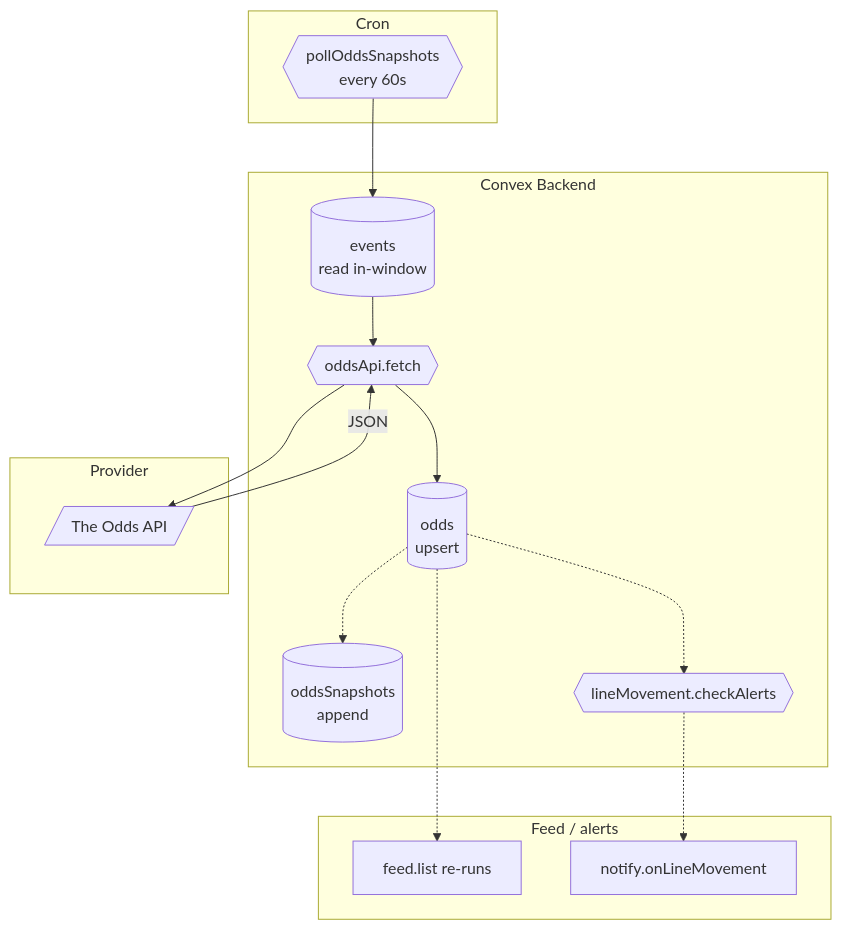
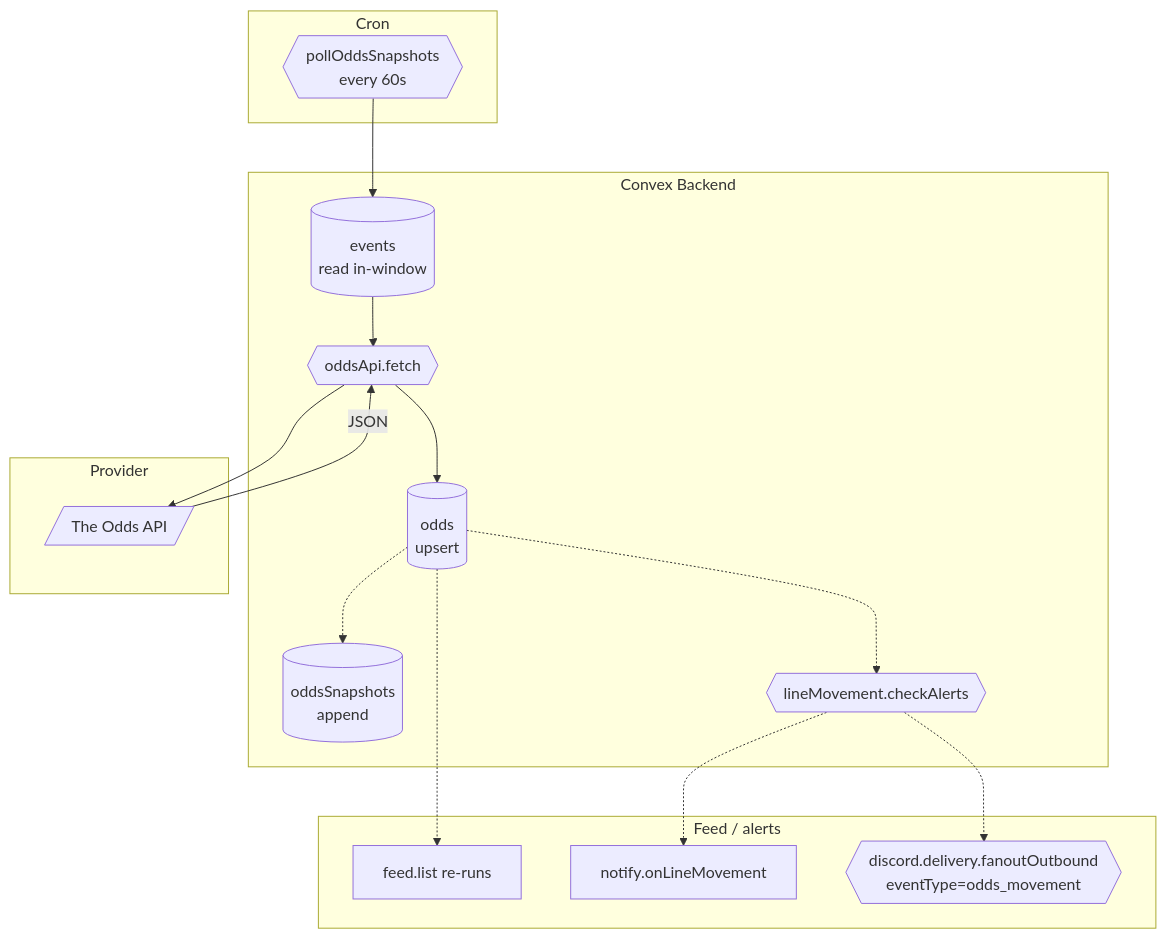
Before and after one commit to xalatechnologies/DigiPicks-v2: the diagram in docs/bpmn/BPMN-012-odds-sync.md, drawn with Mermaid. The commit also changed other lines of this file and 33 other files, not shown here.

````diff
--- a/docs/bpmn/BPMN-012-odds-sync.md
+++ b/docs/bpmn/BPMN-012-odds-sync.md
@@ -29,25 +35,27 @@
 ```mermaid
 flowchart TD
   subgraph C[Cron]
     c1{{pollOddsSnapshots<br/>every 60s}}
   end
   subgraph K[Convex Backend]
     k1[(events<br/>read in-window)]
     k2{{oddsApi.fetch}}
     k3[(odds<br/>upsert)]
     k4[(oddsSnapshots<br/>append)]
     k5{{lineMovement.checkAlerts}}
   end
   subgraph P[Provider]
     p1[/The Odds API/]
   end
   subgraph F[Feed / alerts]
     f1[feed.list re-runs]
     f2[notify.onLineMovement]
+    f3{{discord.delivery.fanoutOutbound<br/>eventType=odds_movement}}
   end
 
   c1 --> k1 --> k2 --> p1
   p1 -->|JSON| k2 --> k3 -.-> k4
   k3 -.-> f1
   k3 -.-> k5 -.-> f2
+  k5 -.-> f3
 ```
````
